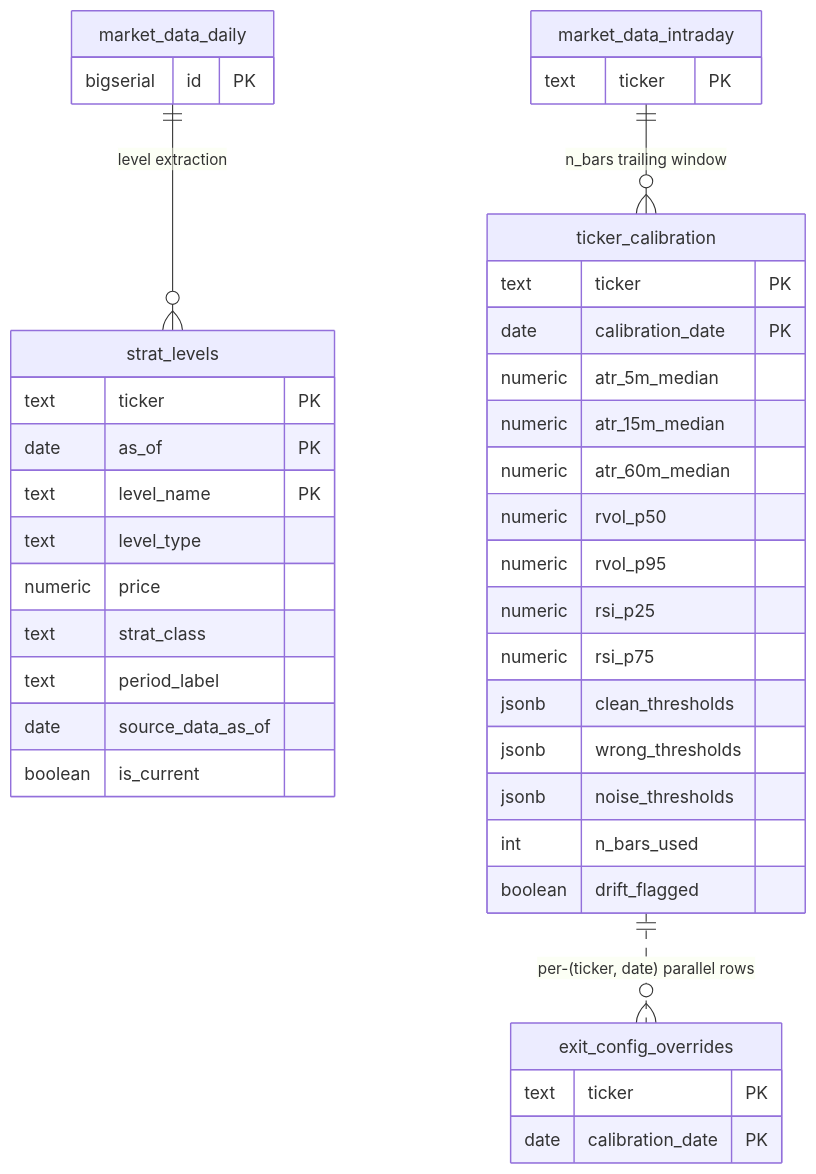
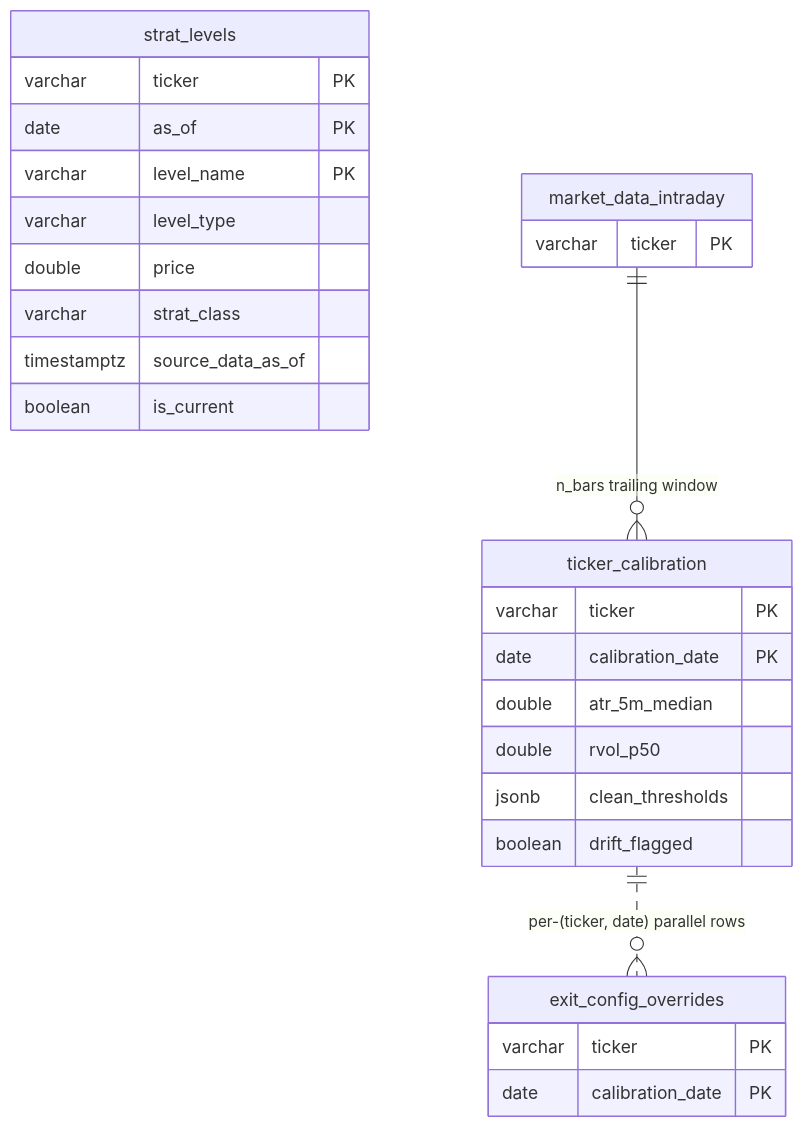
Before and after one commit to TeneikaAskew/stocks: the eighth of 10 diagrams in ERD.md, drawn with Mermaid. The commit also changed other lines of this file and 7 other files, not shown here.

First line of the commit message:
docs: refresh architecture & system docs to 2026-06-23 state

````diff
--- a/ERD.md
+++ b/ERD.md
@@ -513,43 +556,28 @@
 ```mermaid
 erDiagram
     strat_levels {
-        text ticker PK
+        varchar ticker PK
         date as_of PK
-        text level_name PK
-        text level_type
-        numeric price
-        text strat_class
-        text period_label
-        date source_data_as_of
+        varchar level_name PK
+        varchar level_type
+        double price
+        varchar strat_class
+        timestamptz source_data_as_of
         boolean is_current
     }
     ticker_calibration {
-        text ticker PK
+        varchar ticker PK
         date calibration_date PK
-        numeric atr_5m_median
-        numeric atr_15m_median
-        numeric atr_60m_median
-        numeric rvol_p50
-        numeric rvol_p95
-        numeric rsi_p25
-        numeric rsi_p75
+        double atr_5m_median
+        double rvol_p50
         jsonb clean_thresholds
-        jsonb wrong_thresholds
-        jsonb noise_thresholds
-        int n_bars_used
         boolean drift_flagged
     }
     exit_config_overrides {
-        text ticker PK
+        varchar ticker PK
         date calibration_date PK
     }
-    market_data_intraday {
-        text ticker PK
-    }
-    market_data_daily {
-        bigserial id PK
-    }
+    market_data_intraday { varchar ticker PK }
     market_data_intraday ||--o{ ticker_calibration : "n_bars trailing window"
-    market_data_daily ||--o{ strat_levels : "level extraction"
     ticker_calibration ||..o{ exit_config_overrides : "per-(ticker, date) parallel rows"
 ```
````
